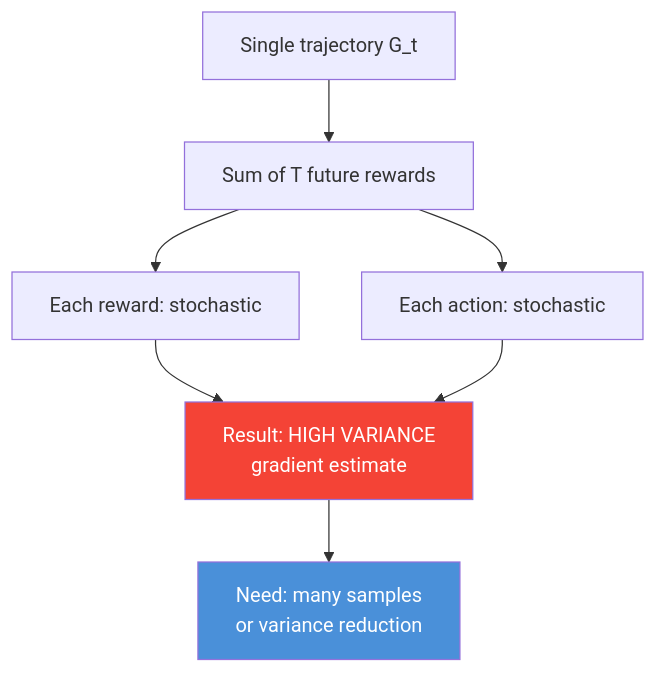
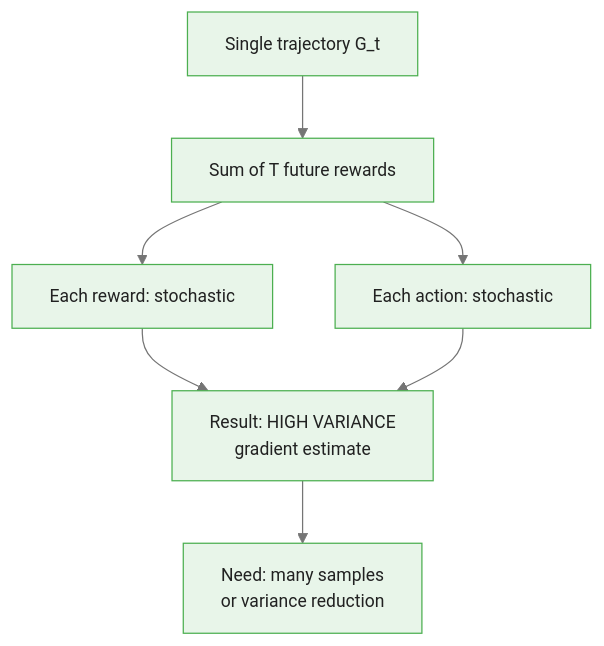
The third of 3 diagrams in courses/reinforcement-learning/modules/module_06_policy_gradient/guides/01_policy_gradient_theorem_slides.md (m-deane/course-creator), drawn with Mermaid before and after one commit. The commit also changed other lines of this file and 131 other files, not shown here.

````diff
--- a/courses/reinforcement-learning/modules/module_06_policy_gradient/guides/01_policy_gradient_theorem_slides.md
+++ b/courses/reinforcement-learning/modules/module_06_policy_gradient/guides/01_policy_gradient_theorem_slides.md
@@ -277,19 +317,18 @@
 ```mermaid
+%%{init: {"theme": "base", "themeVariables": {"primaryColor": "#e8f5e9", "primaryBorderColor": "#4caf50", "primaryTextColor": "#212121", "secondaryColor": "#e3f2fd", "tertiaryColor": "#fff8e1", "lineColor": "#757575", "fontFamily": "Inter, sans-serif", "fontSize": "14px"}}}%%
 graph TD
     A["Single trajectory G_t"]
     B["Sum of T future rewards"]
     C["Each reward: stochastic"]
     D["Each action: stochastic"]
     E["Result: HIGH VARIANCE\n gradient estimate"]
     F["Need: many samples\nor variance reduction"]
 
     A --> B
     B --> C
     B --> D
     C --> E
     D --> E
     E --> F
 
-    style E fill:#F44336,color:#fff
-    style F fill:#4A90D9,color:#fff
 ```
````
